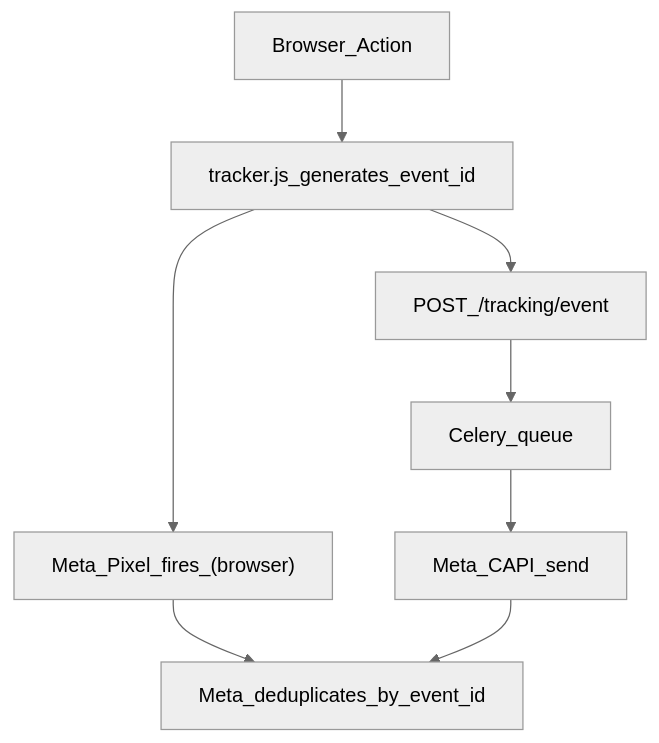
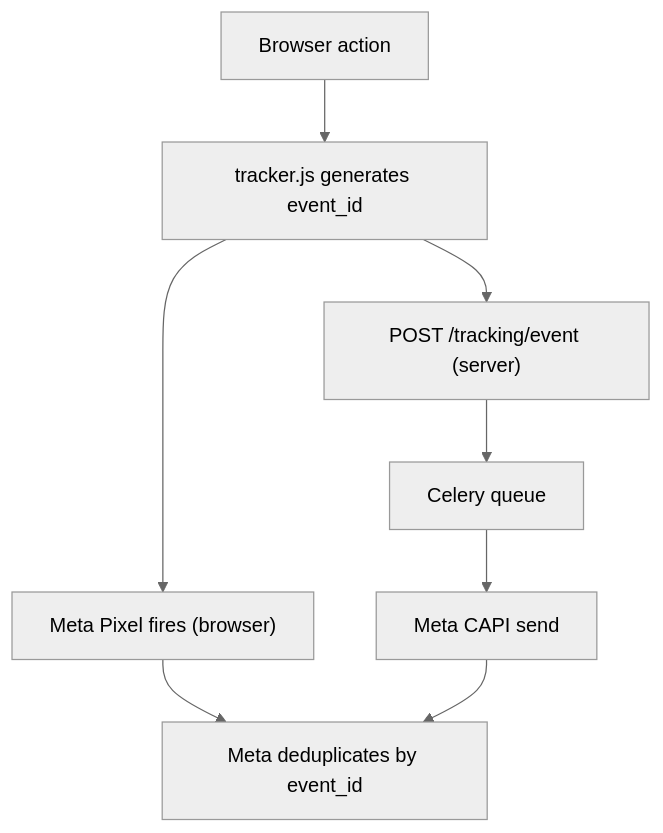
Before and after one commit to paperbasee/dash-paperbase: the first of 2 diagrams in docs/STOREFRONT_API_FRONTEND_PROMPT.md, drawn with Mermaid (neutral theme). The commit also changed other lines of this file and 11 other files, not shown here.

First line of the commit message:
Align dashboard with prepayment and order payment flows.

````diff
--- a/docs/STOREFRONT_API_FRONTEND_PROMPT.md
+++ b/docs/STOREFRONT_API_FRONTEND_PROMPT.md
@@ -99,10 +1223,10 @@
 ```mermaid
 flowchart TD
-  BrowserAction["Browser_Action"] --> TrackerGeneratesEventId["tracker.js_generates_event_id"]
-  TrackerGeneratesEventId --> MetaPixelFires["Meta_Pixel_fires_(browser)"]
-  TrackerGeneratesEventId --> BackendIngest["POST_/tracking/event"]
-  BackendIngest --> CeleryQueue["Celery_queue"]
-  CeleryQueue --> MetaCapi["Meta_CAPI_send"]
-  MetaPixelFires --> MetaDedup["Meta_deduplicates_by_event_id"]
-  MetaCapi --> MetaDedup
+  Browser["Browser action"] --> Gen["tracker.js generates event_id"]
+  Gen --> Pixel["Meta Pixel fires (browser)"]
+  Gen --> Ingest["POST /tracking/event (server)"]
+  Ingest --> Queue["Celery queue"]
+  Queue --> Capi["Meta CAPI send"]
+  Pixel --> Dedup["Meta deduplicates by event_id"]
+  Capi --> Dedup
 ```
````
